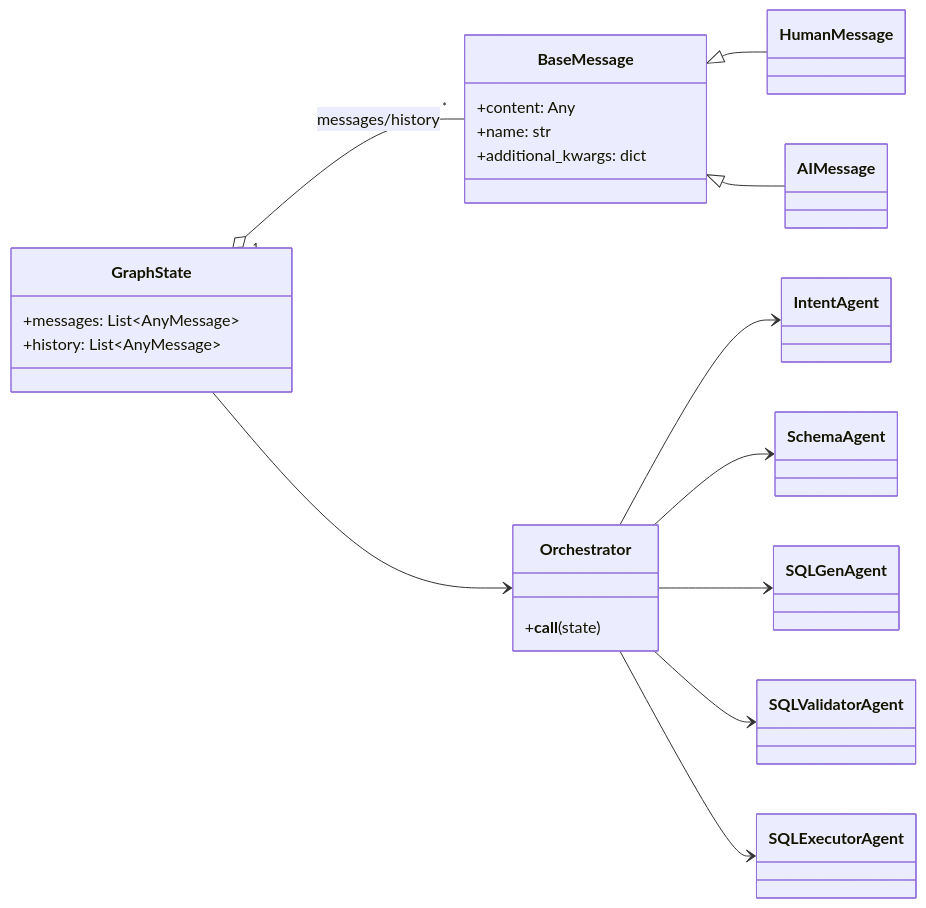
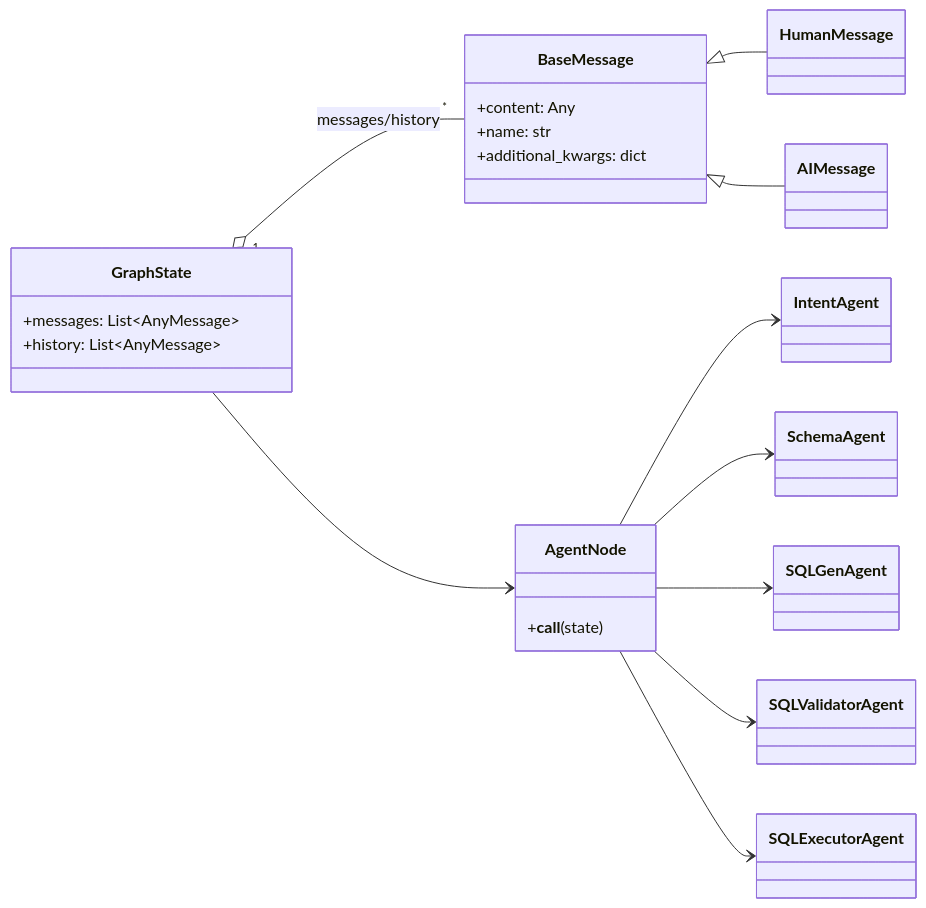
The first of 2 diagrams in README.md (attractor-set/sql_agent_example), drawn with Mermaid before and after one commit.

Commit message:
[UML] update classes

````diff
--- a/README.md
+++ b/README.md
@@ -58,41 +58,41 @@
 ```mermaid
 classDiagram
 direction LR
 
 class GraphState {
   +messages: List~AnyMessage~
   +history: List~AnyMessage~
 }
 
 class BaseMessage {
   +content: Any
   +name: str
   +additional_kwargs: dict
 }
 
 class HumanMessage
 class AIMessage
 
 BaseMessage <|-- HumanMessage
 BaseMessage <|-- AIMessage
 
 GraphState "1" o-- "*" BaseMessage : messages/history
 
-class Orchestrator {
+class AgentNode {
   +__call__(state)
 }
 
 class IntentAgent
 class SchemaAgent
 class SQLGenAgent
 class SQLValidatorAgent
 class SQLExecutorAgent
 
-Orchestrator --> IntentAgent
-Orchestrator --> SchemaAgent
-Orchestrator --> SQLGenAgent
-Orchestrator --> SQLValidatorAgent
-Orchestrator --> SQLExecutorAgent
+AgentNode --> IntentAgent
+AgentNode --> SchemaAgent
+AgentNode --> SQLGenAgent
+AgentNode --> SQLValidatorAgent
+AgentNode --> SQLExecutorAgent
 
-GraphState --> Orchestrator
+GraphState --> AgentNode
 ```
````
